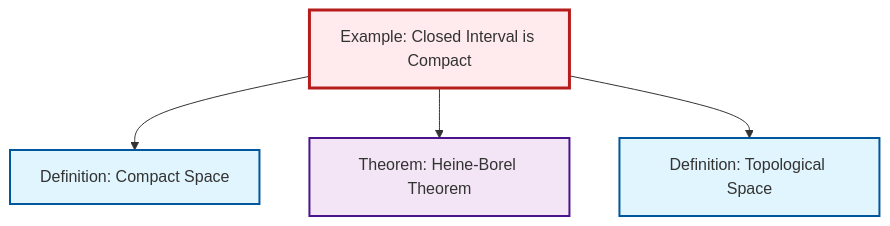
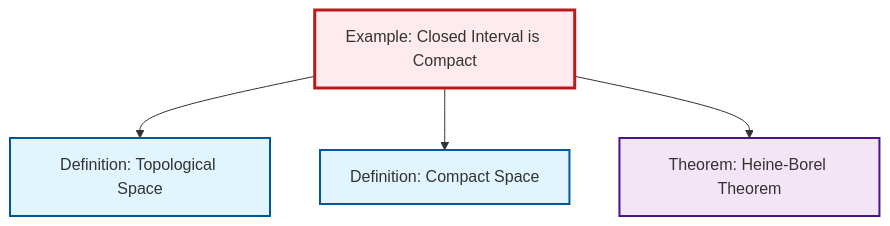
One commit to RK0429/ModernMath changed the diagram in content/ja/topology/ex-closed-interval-compact.qmd. Above: the diagram before and after it, drawn with Mermaid. The commit also changed other lines of this file and 654 other files, not shown here.

````diff
--- a/content/ja/topology/ex-closed-interval-compact.qmd
+++ b/content/ja/topology/ex-closed-interval-compact.qmd
@@ -55,20 +55,20 @@
 ```{mermaid}
 %%| fig-cap: "Local dependency graph"
 graph TD
     classDef definition fill:#e1f5fe,stroke:#01579b,stroke-width:2px
     classDef theorem fill:#f3e5f5,stroke:#4a148c,stroke-width:2px
     classDef axiom fill:#fff3e0,stroke:#e65100,stroke-width:2px
     classDef example fill:#e8f5e9,stroke:#1b5e20,stroke-width:2px
     classDef current fill:#ffebee,stroke:#b71c1c,stroke-width:3px
+    ex-closed-interval-compact["Example: Closed Interval is Compact"]:::example
     thm-heine-borel["Theorem: Heine-Borel Theorem"]:::theorem
     def-compact["Definition: Compact Space"]:::definition
     def-topological-space["Definition: Topological Space"]:::definition
-    ex-closed-interval-compact["Example: Closed Interval is Compact"]:::example
+    ex-closed-interval-compact --> def-topological-space
     ex-closed-interval-compact --> def-compact
     ex-closed-interval-compact --> thm-heine-borel
-    ex-closed-interval-compact --> def-topological-space
     class ex-closed-interval-compact current
     click thm-heine-borel "thm-heine-borel.html" "Theorem: Heine-Borel Theoremへ"
     click def-compact "def-compact.html" "Definition: Compact Spaceへ"
     click def-topological-space "def-topological-space.html" "Definition: Topological Spaceへ"
 ```
````
